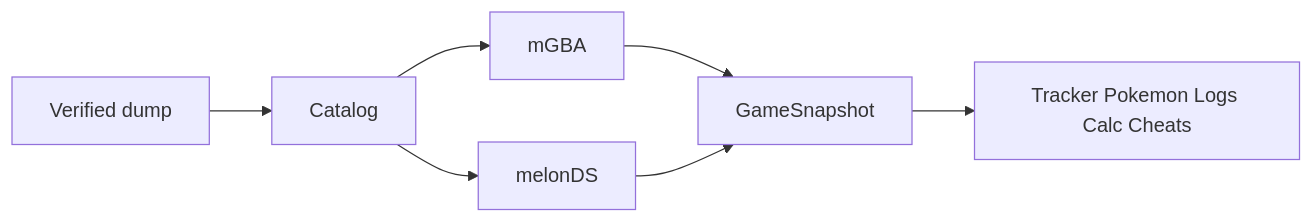
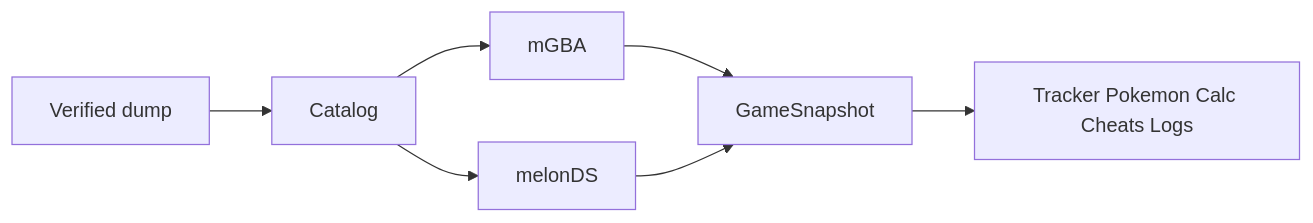
One commit to oliverjohnclegg/emulocke changed the diagram in README.md. Above: the diagram before and after it, drawn with Mermaid. The commit also changed other lines of this file and 15 other files, not shown here.

First line of the commit message:
Reorder suite tabs and add Allow Cheats setting

````diff
--- a/README.md
+++ b/README.md
@@ -219,9 +219,9 @@
 ```mermaid
 flowchart LR
   dump[Verified dump] --> catalog[Catalog]
   catalog --> gbaCore[mGBA]
   catalog --> ndsCore[melonDS]
   gbaCore --> snap[GameSnapshot]
   ndsCore --> snap
-  snap --> suite[Tracker Pokemon Logs Calc Cheats]
+  snap --> suite[Tracker Pokemon Calc Cheats Logs]
 ```
````
